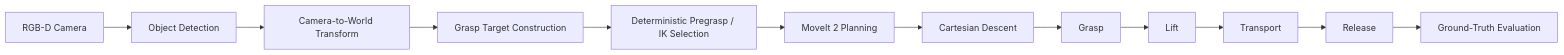
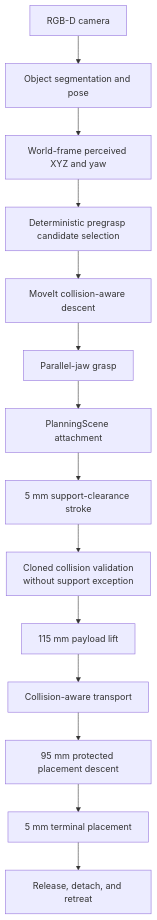
The diagram in README.md (Sachin6120/ur5e-robotiq-pickplace), drawn with Mermaid before and after one commit. The commit also changed other lines of this file and 5 other files, not shown here.

````diff
--- a/README.md
+++ b/README.md
@@ -52,14 +31,16 @@
 ```mermaid
-flowchart LR
-    A[RGB-D Camera] --> B[Object Detection]
-    B --> C[Camera-to-World Transform]
-    C --> D[Grasp Target Construction]
-    D --> E[Deterministic Pregrasp / IK Selection]
-    E --> F[MoveIt 2 Planning]
-    F --> G[Cartesian Descent]
-    G --> H[Grasp]
-    H --> I[Lift]
-    I --> J[Transport]
-    J --> K[Release]
-    K --> L[Ground-Truth Evaluation]
+flowchart TD
+    A[RGB-D camera] --> B[Object segmentation and pose]
+    B --> C[World-frame perceived XYZ and yaw]
+    C --> D[Deterministic pregrasp candidate selection]
+    D --> E[MoveIt collision-aware descent]
+    E --> F[Parallel-jaw grasp]
+    F --> G[PlanningScene attachment]
+    G --> H[5 mm support-clearance stroke]
+    H --> I[Cloned collision validation<br/>without support exception]
+    I --> J[115 mm payload lift]
+    J --> K[Collision-aware transport]
+    K --> L[95 mm protected placement descent]
+    L --> M[5 mm terminal placement]
+    M --> N[Release, detach, and retreat]
 ```
````
